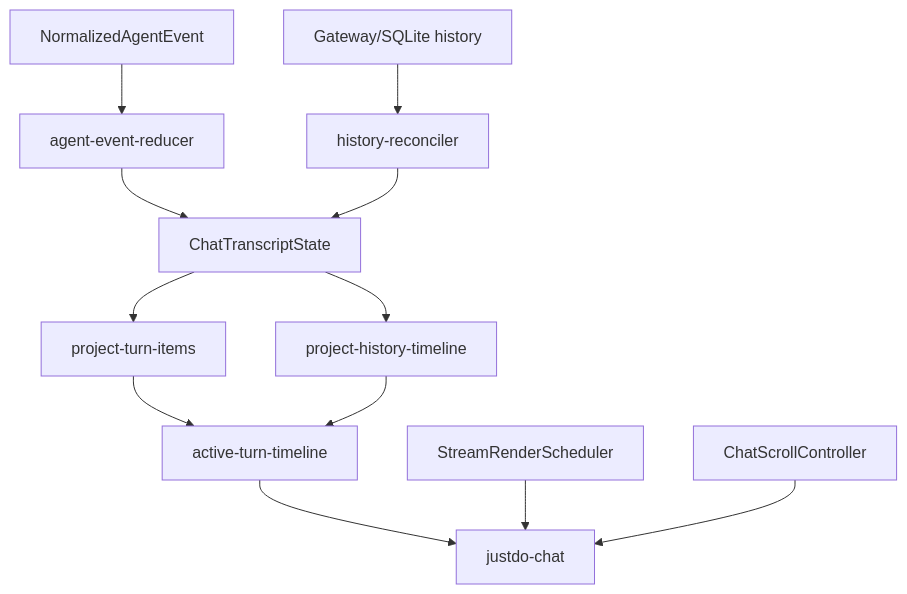
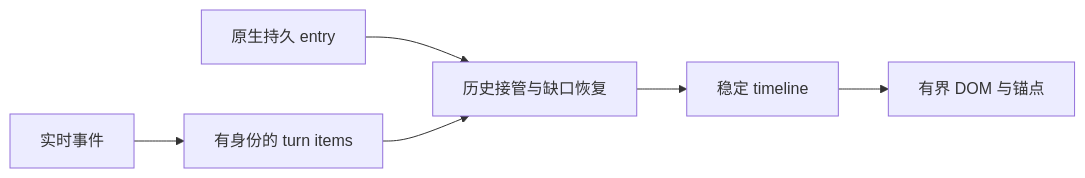
The diagram in docs/features/chat-message-timeline-refactor-plan.md (liangxhao/JustDo), drawn with Mermaid before and after one commit. The commit also changed other lines of this file and 46 other files, not shown here.

Commit message:
docs: rewrite architecture and feature guides for current implementation

````diff
--- a/docs/features/chat-message-timeline-refactor-plan.md
+++ b/docs/features/chat-message-timeline-refactor-plan.md
@@ -20,14 +9,8 @@
 ```mermaid
-flowchart TD
-  E[NormalizedAgentEvent] --> R[agent-event-reducer]
-  H[Gateway/SQLite history] --> HR[history-reconciler]
-  R --> S[ChatTranscriptState]
-  HR --> S
-  S --> PT[project-turn-items]
-  S --> PH[project-history-timeline]
-  PT --> UI[active-turn-timeline]
-  PH --> UI
-  UI --> C[justdo-chat]
-  SR[StreamRenderScheduler] --> C
-  SC[ChatScrollController] --> C
+flowchart LR
+  Events[实时事件] --> Items[有身份的 turn items]
+  History[原生持久 entry] --> Reconcile[历史接管与缺口恢复]
+  Items --> Reconcile
+  Reconcile --> Timeline[稳定 timeline]
+  Timeline --> Window[有界 DOM 与锚点]
 ```
````
